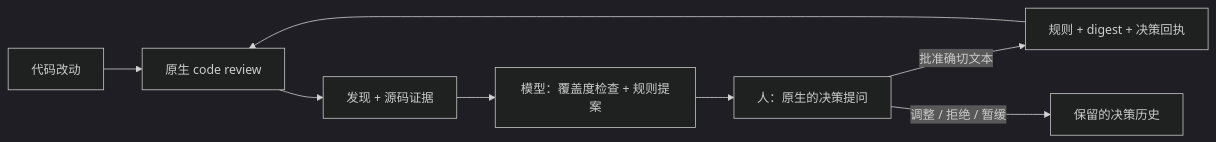
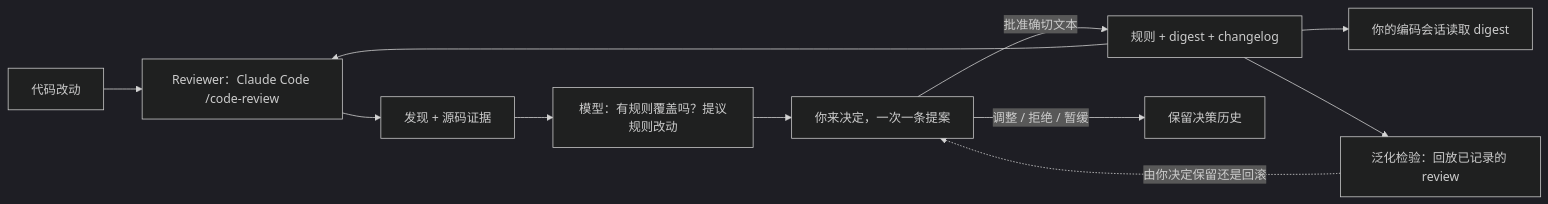
The diagram in README.zh.md (wangxuzhou666-arch/house-rules), drawn with Mermaid (dark theme) before and after one commit. The commit also changed other lines of this file and 6 other files, not shown here.

````diff
--- a/README.zh.md
+++ b/README.zh.md
@@ -9,10 +58,13 @@
 ```mermaid
 flowchart LR
-  A[代码改动] --> B[原生 code review]
-  B --> C[发现 + 源码证据]
-  C --> D[模型：覆盖度检查 + 规则提案]
-  D --> E[人：原生的决策提问]
-  E -->|批准确切文本| F[规则 + digest + 决策回执]
-  E -->|调整 / 拒绝 / 暂缓| G[保留的决策历史]
+  A["代码改动"] --> B["Reviewer：Claude Code /code-review"]
+  B --> C["发现 + 源码证据"]
+  C --> D["模型：有规则覆盖吗？提议规则改动"]
+  D --> E["你来决定，一次一条提案"]
+  E -->|"批准确切文本"| F["规则 + digest + changelog"]
+  E -->|"调整 / 拒绝 / 暂缓"| G["保留决策历史"]
   F --> B
+  F --> H["你的编码会话读取 digest"]
+  F --> I["泛化检验：回放已记录的 review"]
+  I -.->|"由你决定保留还是回滚"| E
 ```
````
